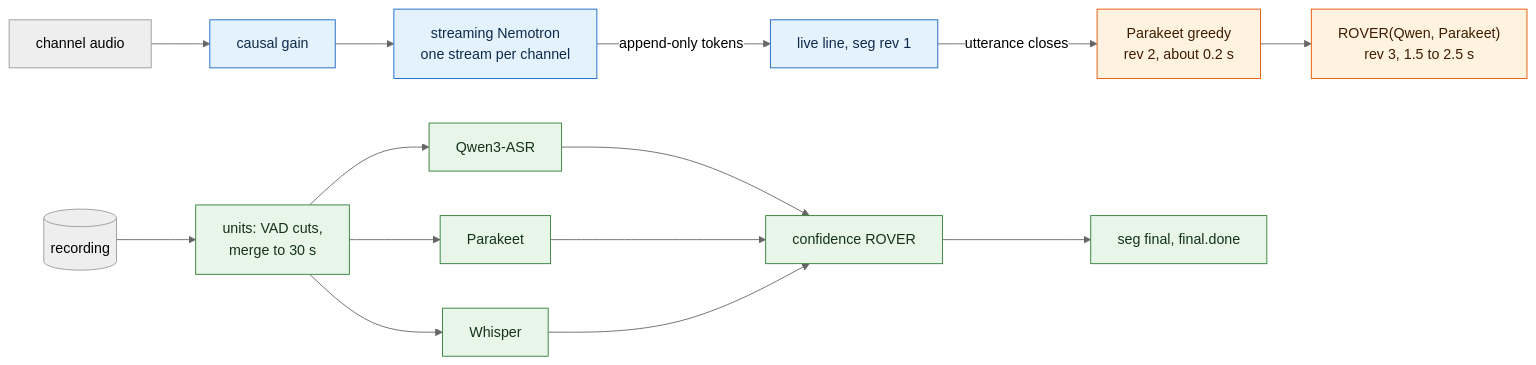
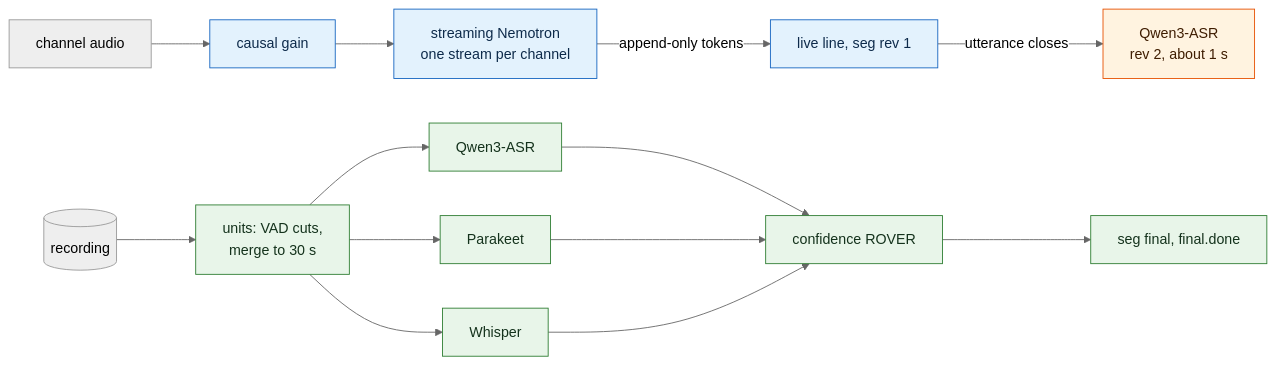
Before and after one commit to GeiserX/akou: the diagram in docs/research/asr-architecture.md, drawn with Mermaid (neutral theme). The commit also changed other lines of this file and 10 other files, not shown here.

First line of the commit message:
feat(live): rewrite each live line once, with Qwen alone, for 4.75 % WER on FLEURS English (#171)

````diff
--- a/docs/research/asr-architecture.md
+++ b/docs/research/asr-architecture.md
@@ -20,19 +20,18 @@
 ```mermaid
 flowchart LR
   classDef live fill:#e3f2fd,stroke:#1565c0,color:#0d2a4a
   classDef up fill:#fff3e0,stroke:#e65100,color:#3e1c00
   classDef final fill:#e8f5e9,stroke:#2e7d32,color:#14321c
 
   Mic["channel audio"] --> AGC["causal gain"]:::live --> Str["streaming Nemotron<br/>one stream per channel"]:::live
   Str -->|"append-only tokens"| Line["live line, seg rev 1"]:::live
-  Line -->|"utterance closes"| PK["Parakeet greedy<br/>rev 2, about 0.2 s"]:::up
-  PK --> RQ["ROVER(Qwen, Parakeet)<br/>rev 3, 1.5 to 2.5 s"]:::up
+  Line -->|"utterance closes"| RQ["Qwen3-ASR<br/>rev 2, about 1 s"]:::up
   Rec[("recording")] --> Units["units: VAD cuts,<br/>merge to 30 s"]:::final
   Units --> Q["Qwen3-ASR"]:::final
   Units --> P["Parakeet"]:::final
   Units --> W["Whisper"]:::final
   Q --> Rov["confidence ROVER"]:::final
   P --> Rov
   W --> Rov
   Rov --> Fin["seg final, final.done"]:::final
 ```
````
